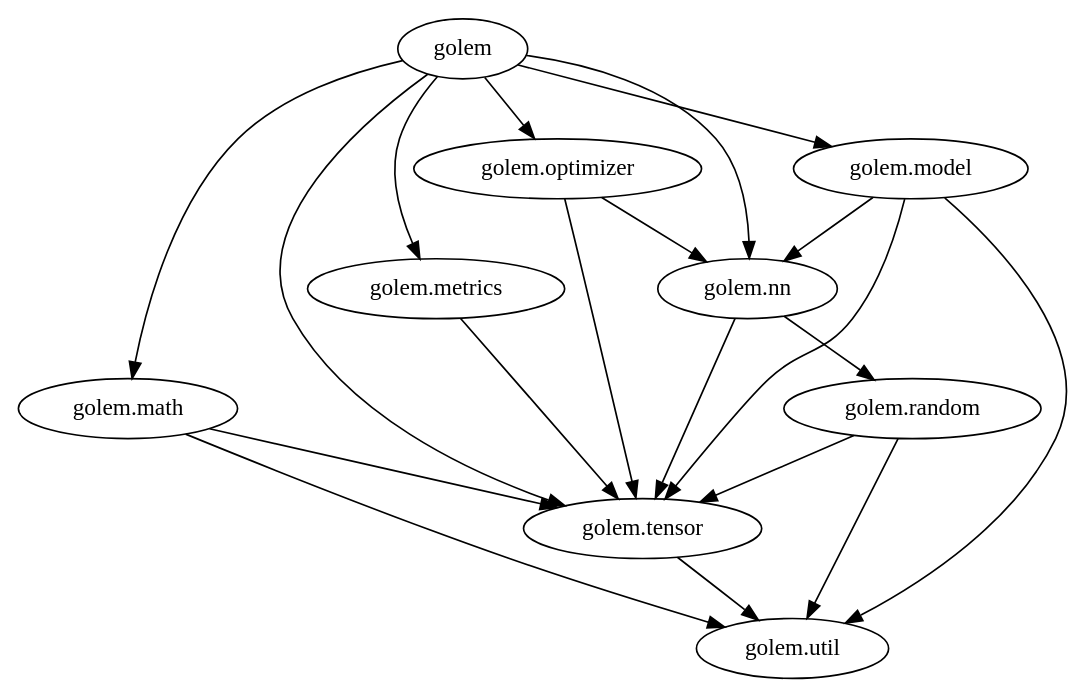
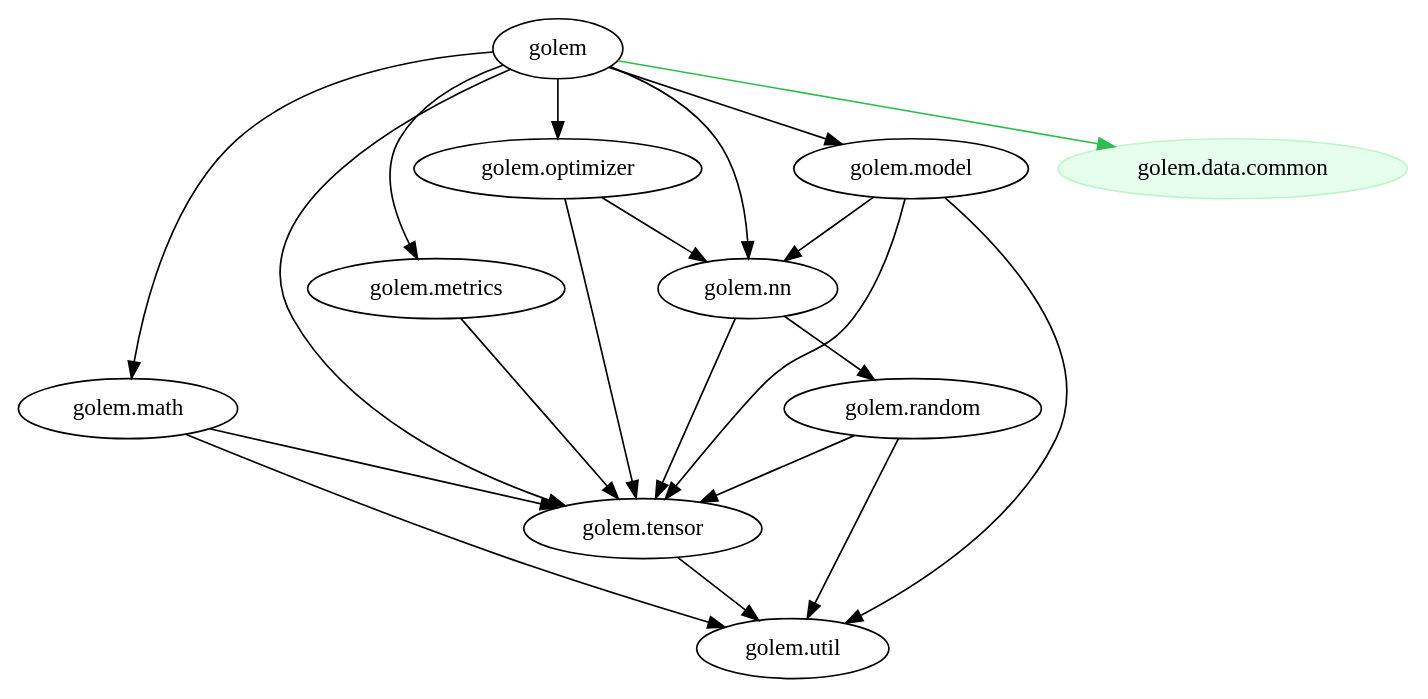
The diagram in images/deps.dot (lempiji/golem), drawn with Graphviz before and after one commit. The commit also changed 4 other files, not shown here.

Commit message:
Add golem.data.common for k-fold

```diff
--- a/images/deps.dot
+++ b/images/deps.dot
@@ -1,32 +1,37 @@
 digraph {
     {
         "golem"
         "golem.math"
         "golem.metrics"
         "golem.model"
         "golem.nn"
         "golem.optimizer"
         "golem.random"
         "golem.tensor"
         "golem.util"
+    }
+    {
+        node [style=filled color="#bef5cb" fillcolor="#e6ffed"];
+        "golem.data.common"
     }
     "golem" -> "golem.math";
     "golem" -> "golem.metrics";
     "golem" -> "golem.model";
     "golem" -> "golem.nn";
     "golem" -> "golem.optimizer";
     "golem" -> "golem.tensor";
     "golem.math" -> "golem.tensor";
     "golem.math" -> "golem.util";
     "golem.metrics" -> "golem.tensor";
     "golem.model" -> "golem.nn";
     "golem.model" -> "golem.tensor";
     "golem.model" -> "golem.util";
     "golem.nn" -> "golem.random";
     "golem.nn" -> "golem.tensor";
     "golem.optimizer" -> "golem.nn";
     "golem.optimizer" -> "golem.tensor";
     "golem.random" -> "golem.tensor";
     "golem.random" -> "golem.util";
     "golem.tensor" -> "golem.util";
+    "golem" -> "golem.data.common" [color="#2cbe4e"];
 }
```
